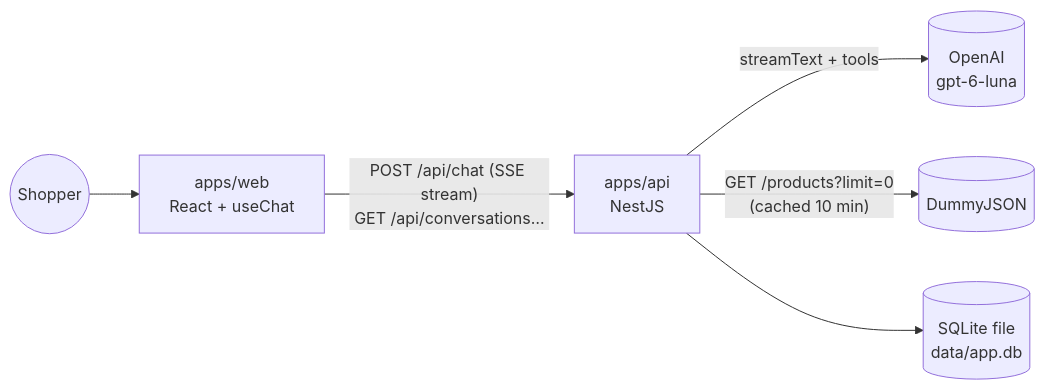
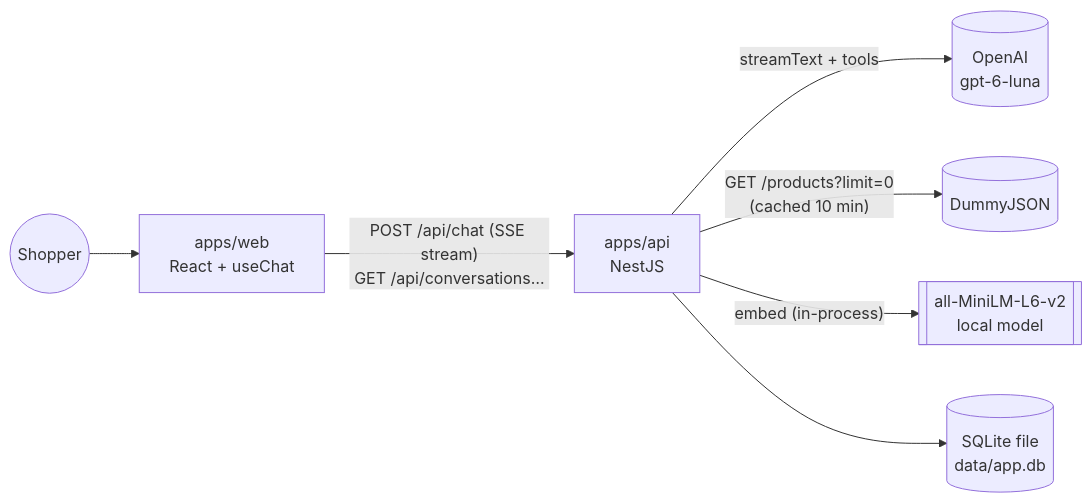
The first of 2 diagrams in docs/architecture.md (Basiliskin/bazak-assignment), drawn with Mermaid before and after one commit. The commit also changed other lines of this file and 7 other files, not shown here.

Commit message:
docs(architecture): S8 Recommended Group with local embeddings, ADR 0004

````diff
--- a/docs/architecture.md
+++ b/docs/architecture.md
@@ -51,8 +63,9 @@
 ```mermaid
 flowchart LR
   Shopper((Shopper)) --> Web[apps/web<br/>React + useChat]
   Web -- "POST /api/chat (SSE stream)<br/>GET /api/conversations…" --> API[apps/api<br/>NestJS]
   API -- "streamText + tools" --> LLM[(OpenAI<br/>gpt-6-luna)]
   API -- "GET /products?limit=0<br/>(cached 10 min)" --> DJ[(DummyJSON)]
+  API -- "embed (in-process)" --> EMB[[all-MiniLM-L6-v2<br/>local model]]
   API --> DB[(SQLite file<br/>data/app.db)]
 ```
````
